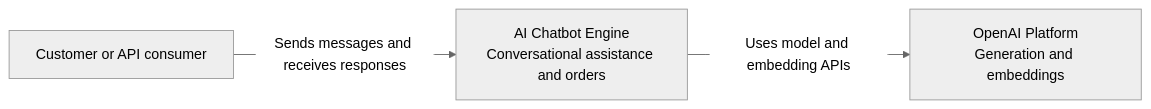
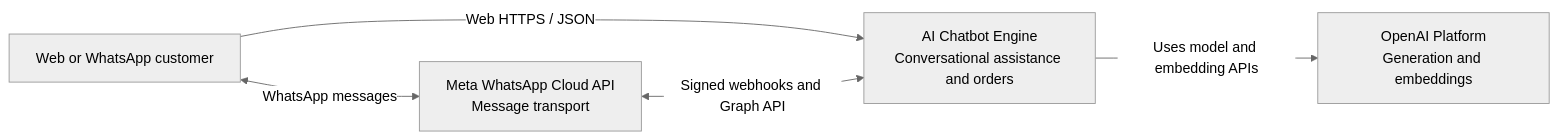
Before and after one commit to juanjosechiroque/nestjs-multichannel-ai-chatbot-engine: the first of 5 diagrams in ARCHITECTURE.md, drawn with Mermaid (neutral theme). The commit also changed other lines of this file and 24 other files, not shown here.

````diff
--- a/ARCHITECTURE.md
+++ b/ARCHITECTURE.md
@@ -37,9 +37,12 @@
 ```mermaid
 flowchart LR
-    customer["Customer or API consumer"]
+    customer["Web or WhatsApp customer"]
     engine["AI Chatbot Engine<br/>Conversational assistance and orders"]
     openai["OpenAI Platform<br/>Generation and embeddings"]
+    meta["Meta WhatsApp Cloud API<br/>Message transport"]
 
-    customer -->|"Sends messages and receives responses"| engine
+    customer -->|"Web HTTPS / JSON"| engine
+    customer <-->|"WhatsApp messages"| meta
+    meta <-->|"Signed webhooks and Graph API"| engine
     engine -->|"Uses model and embedding APIs"| openai
 ```
````
